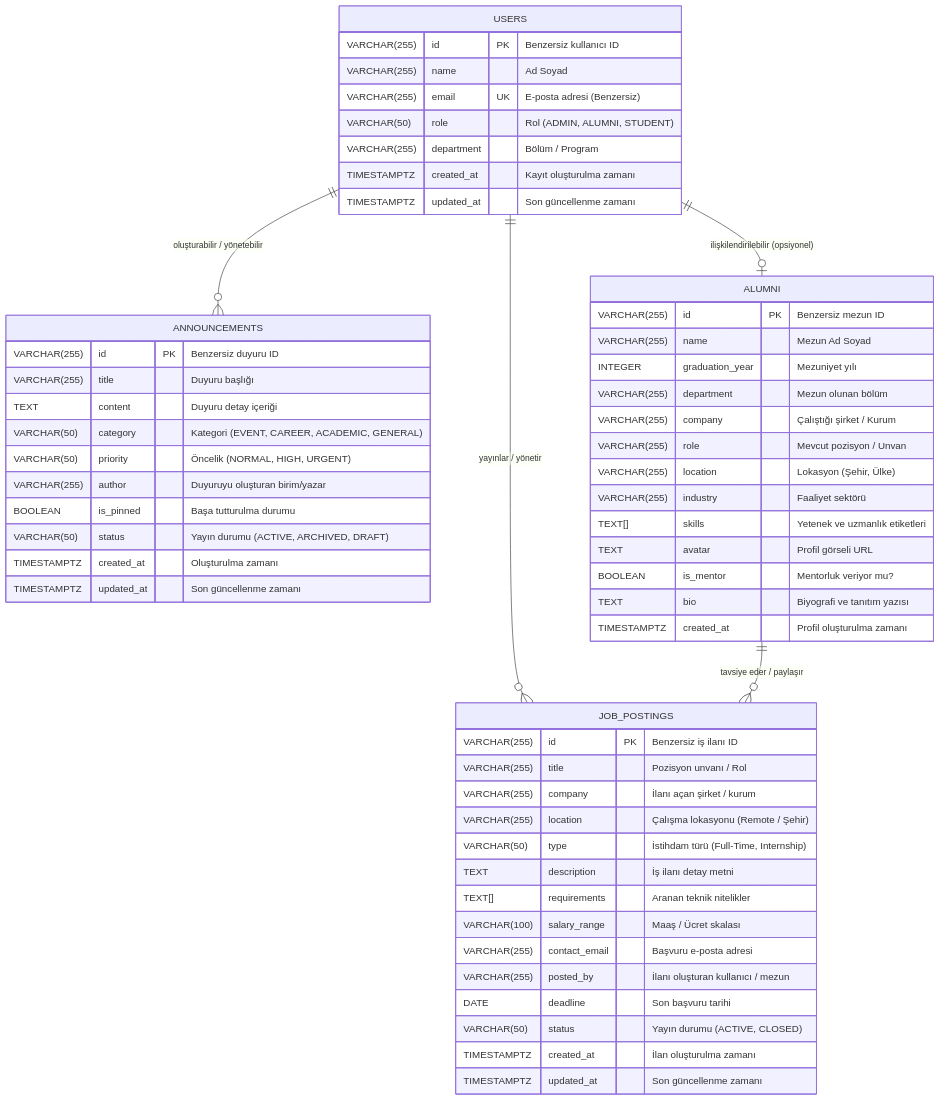
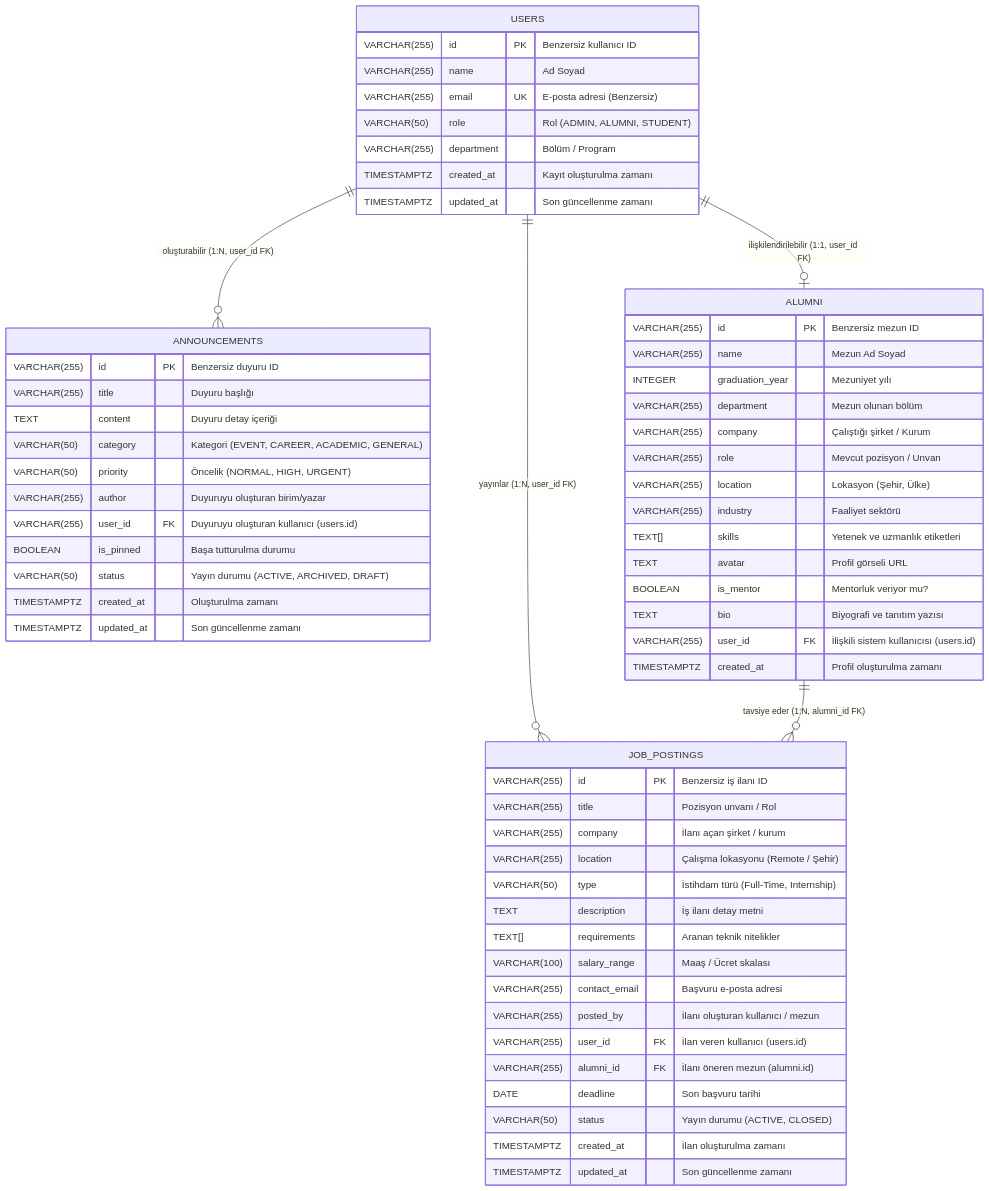
Before and after one commit to erenkilic3/Alumni: the diagram in ddd.md, drawn with Mermaid. The commit also changed other lines of this file and 10 other files, not shown here.

````diff
--- a/ddd.md
+++ b/ddd.md
@@ -11,63 +11,67 @@
 ```mermaid
 erDiagram
     USERS {
         VARCHAR(255) id PK "Benzersiz kullanıcı ID"
         VARCHAR(255) name "Ad Soyad"
         VARCHAR(255) email UK "E-posta adresi (Benzersiz)"
         VARCHAR(50) role "Rol (ADMIN, ALUMNI, STUDENT)"
         VARCHAR(255) department "Bölüm / Program"
         TIMESTAMPTZ created_at "Kayıt oluşturulma zamanı"
         TIMESTAMPTZ updated_at "Son güncellenme zamanı"
     }
 
     ANNOUNCEMENTS {
         VARCHAR(255) id PK "Benzersiz duyuru ID"
         VARCHAR(255) title "Duyuru başlığı"
         TEXT content "Duyuru detay içeriği"
         VARCHAR(50) category "Kategori (EVENT, CAREER, ACADEMIC, GENERAL)"
         VARCHAR(50) priority "Öncelik (NORMAL, HIGH, URGENT)"
         VARCHAR(255) author "Duyuruyu oluşturan birim/yazar"
+        VARCHAR(255) user_id FK "Duyuruyu oluşturan kullanıcı (users.id)"
         BOOLEAN is_pinned "Başa tutturulma durumu"
         VARCHAR(50) status "Yayın durumu (ACTIVE, ARCHIVED, DRAFT)"
         TIMESTAMPTZ created_at "Oluşturulma zamanı"
         TIMESTAMPTZ updated_at "Son güncellenme zamanı"
     }
 
     ALUMNI {
         VARCHAR(255) id PK "Benzersiz mezun ID"
         VARCHAR(255) name "Mezun Ad Soyad"
         INTEGER graduation_year "Mezuniyet yılı"
         VARCHAR(255) department "Mezun olunan bölüm"
         VARCHAR(255) company "Çalıştığı şirket / Kurum"
         VARCHAR(255) role "Mevcut pozisyon / Unvan"
         VARCHAR(255) location "Lokasyon (Şehir, Ülke)"
         VARCHAR(255) industry "Faaliyet sektörü"
         TEXT[] skills "Yetenek ve uzmanlık etiketleri"
         TEXT avatar "Profil görseli URL"
         BOOLEAN is_mentor "Mentorluk veriyor mu?"
         TEXT bio "Biyografi ve tanıtım yazısı"
+        VARCHAR(255) user_id FK "İlişkili sistem kullanıcısı (users.id)"
         TIMESTAMPTZ created_at "Profil oluşturulma zamanı"
     }
 
     JOB_POSTINGS {
         VARCHAR(255) id PK "Benzersiz iş ilanı ID"
         VARCHAR(255) title "Pozisyon unvanı / Rol"
         VARCHAR(255) company "İlanı açan şirket / kurum"
         VARCHAR(255) location "Çalışma lokasyonu (Remote / Şehir)"
         VARCHAR(50) type "İstihdam türü (Full-Time, Internship)"
         TEXT description "İş ilanı detay metni"
         TEXT[] requirements "Aranan teknik nitelikler"
         VARCHAR(100) salary_range "Maaş / Ücret skalası"
         VARCHAR(255) contact_email "Başvuru e-posta adresi"
         VARCHAR(255) posted_by "İlanı oluşturan kullanıcı / mezun"
+        VARCHAR(255) user_id FK "İlan veren kullanıcı (users.id)"
+        VARCHAR(255) alumni_id FK "İlanı öneren mezun (alumni.id)"
         DATE deadline "Son başvuru tarihi"
         VARCHAR(50) status "Yayın durumu (ACTIVE, CLOSED)"
         TIMESTAMPTZ created_at "İlan oluşturulma zamanı"
         TIMESTAMPTZ updated_at "Son güncellenme zamanı"
     }
 
-    USERS ||--o| ALUMNI : "ilişkilendirilebilir (opsiyonel)"
-    USERS ||--o{ ANNOUNCEMENTS : "oluşturabilir / yönetebilir"
-    USERS ||--o{ JOB_POSTINGS : "yayınlar / yönetir"
-    ALUMNI ||--o{ JOB_POSTINGS : "tavsiye eder / paylaşır"
+    USERS ||--o| ALUMNI : "ilişkilendirilebilir (1:1, user_id FK)"
+    USERS ||--o{ ANNOUNCEMENTS : "oluşturabilir (1:N, user_id FK)"
+    USERS ||--o{ JOB_POSTINGS : "yayınlar (1:N, user_id FK)"
+    ALUMNI ||--o{ JOB_POSTINGS : "tavsiye eder (1:N, alumni_id FK)"
 ```
````
